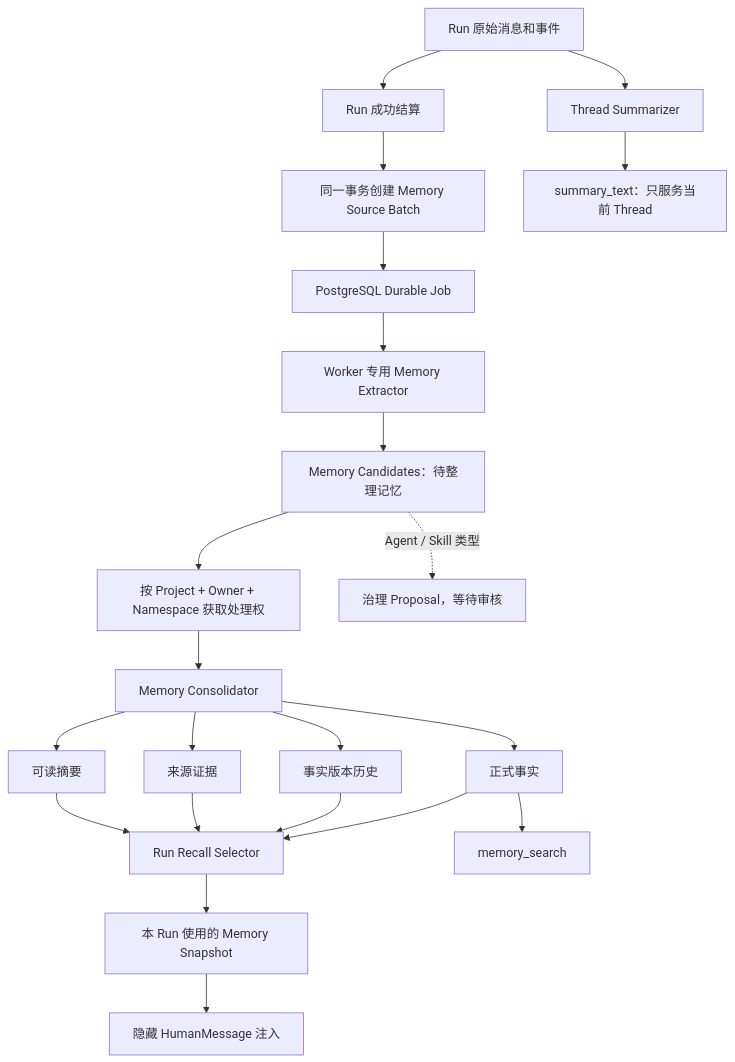
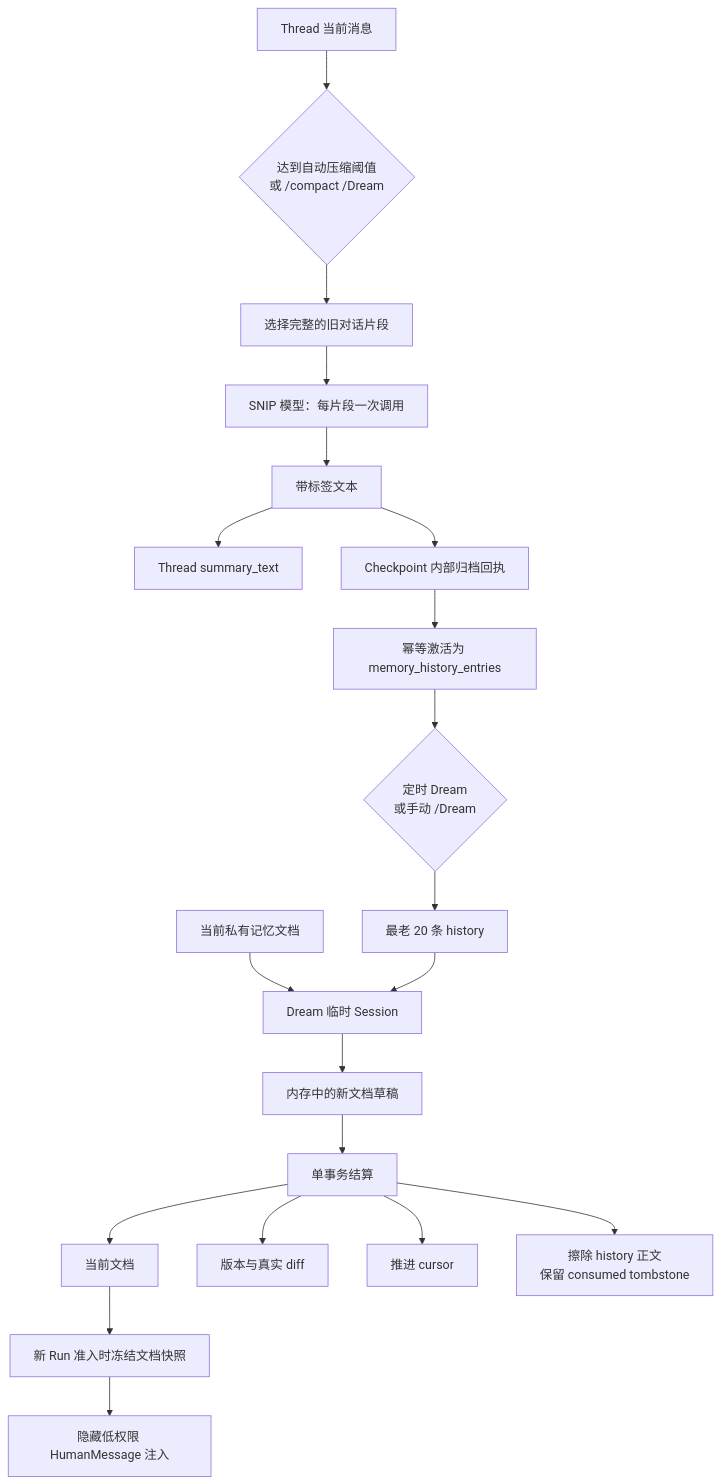
Before and after one commit to SerenaLuna8/deer-flow: the diagram in docs/memory-system-refactor-plan.zh-CN.md, drawn with Mermaid. The commit also changed other lines of this file and 234 other files, not shown here.

````diff
--- a/docs/memory-system-refactor-plan.zh-CN.md
+++ b/docs/memory-system-refactor-plan.zh-CN.md
@@ -181,25 +246,24 @@
 ```mermaid
 flowchart TD
-    A["Run 原始消息和事件"] --> B["Run 成功结算"]
-    B --> C["同一事务创建 Memory Source Batch"]
-    C --> D["PostgreSQL Durable Job"]
-    D --> E["Worker 专用 Memory Extractor"]
-    E --> F["Memory Candidates：待整理记忆"]
+    A["Thread 当前消息"] --> B{"达到自动压缩阈值<br/>或 /compact /Dream"}
+    B --> C["选择完整的旧对话片段"]
+    C --> D["SNIP 模型：每片段一次调用"]
+    D --> E["带标签文本"]
+    E --> F["Thread summary_text"]
+    E --> G["Checkpoint 内部归档回执"]
+    G --> H["幂等激活为 memory_history_entries"]
 
-    F --> G["按 Project + Owner + Namespace 获取处理权"]
-    G --> H["Memory Consolidator"]
-    H --> I["正式事实"]
-    H --> J["事实版本历史"]
-    H --> K["来源证据"]
-    H --> L["可读摘要"]
+    H --> I{"定时 Dream<br/>或手动 /Dream"}
+    I --> J["最老 20 条 history"]
+    K["当前私有记忆文档"] --> L["Dream 临时 Session"]
+    J --> L
+    L --> M["内存中的新文档草稿"]
+    M --> N["单事务结算"]
+    N --> O["当前文档"]
+    N --> P["版本与真实 diff"]
+    N --> Q["推进 cursor"]
+    N --> R["擦除 history 正文<br/>保留 consumed tombstone"]
 
-    I & J & K & L --> M["Run Recall Selector"]
-    M --> N["本 Run 使用的 Memory Snapshot"]
-    N --> O["隐藏 HumanMessage 注入"]
-    I --> P["memory_search"]
-
-    A --> Q["Thread Summarizer"]
-    Q --> R["summary_text：只服务当前 Thread"]
-
-    F -. "Agent / Skill 类型" .-> S["治理 Proposal，等待审核"]
+    O --> S["新 Run 准入时冻结文档快照"]
+    S --> T["隐藏低权限 HumanMessage 注入"]
 ```
````
